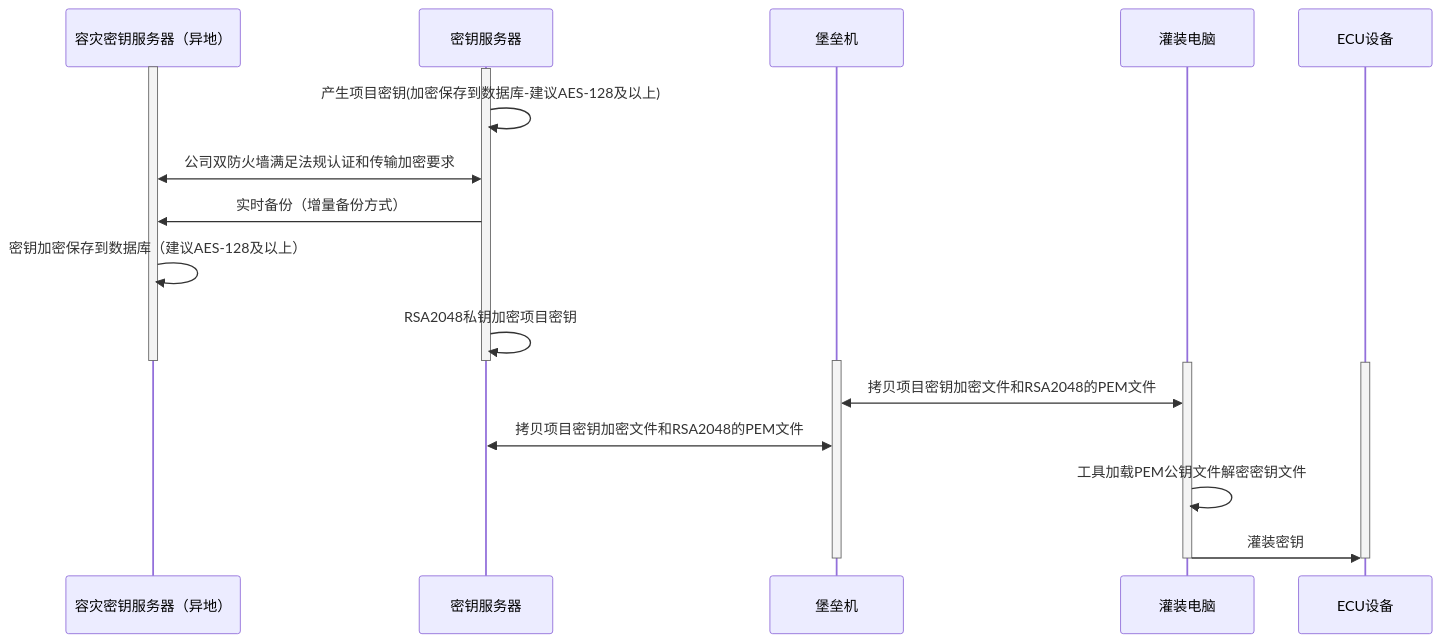
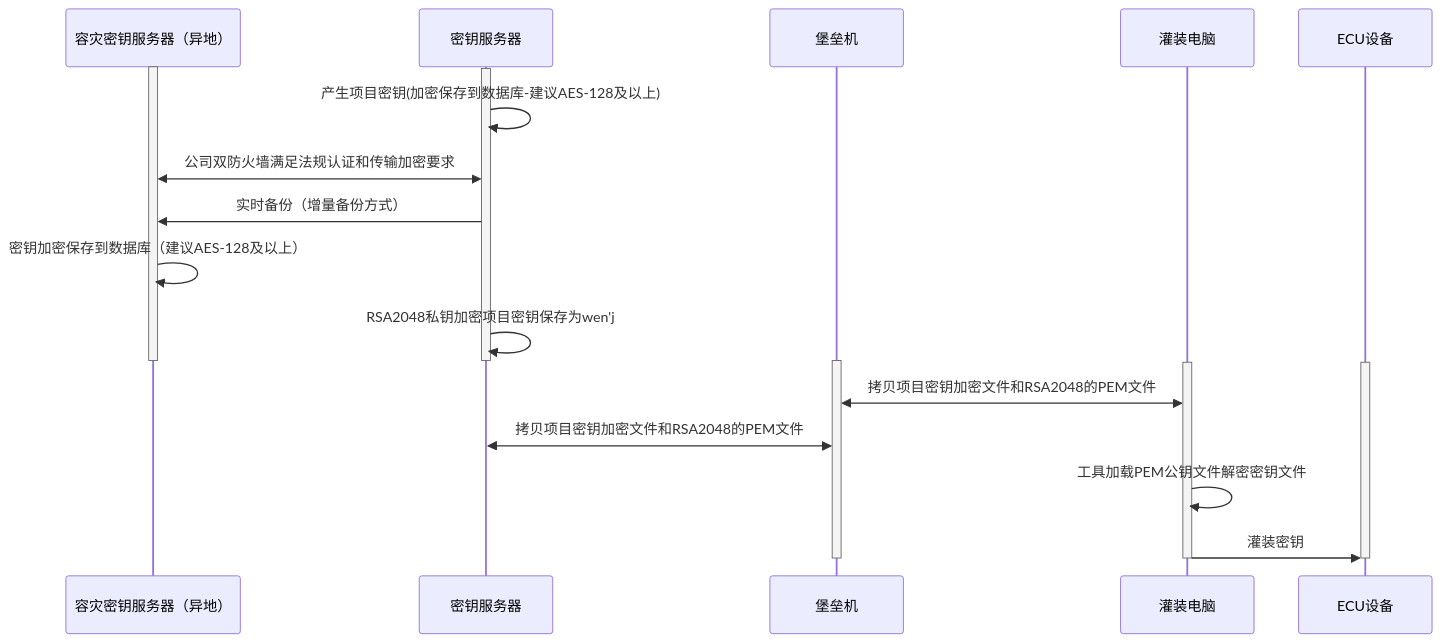
Before and after one commit to facebook-cloud/iodraw-files: the diagram in all/未命名-15.md, drawn with Mermaid.

Commit message:
2026-02-07 14:06:59 update

````diff
--- a/all/未命名-15.md
+++ b/all/未命名-15.md
@@ -1,31 +1,31 @@
 ```mermaid
 sequenceDiagram
     participant A as 容灾密钥服务器（异地）
     participant B as 密钥服务器
     participant C as 堡垒机
     participant D as 灌装电脑
     participant E as ECU设备
 
     activate A
     activate B
     B->>B: 产生项目密钥(加密保存到数据库-建议AES-128及以上)
     A<<->>B: 公司双防火墙满足法规认证和传输加密要求
     B->>A: 实时备份（增量备份方式）
     A->>A: 密钥加密保存到数据库（建议AES-128及以上）
-    B->>B: RSA2048私钥加密项目密钥
+    B->>B: RSA2048私钥加密项目密钥保存为wen'j
     deactivate B
     deactivate A
 
     activate C
     activate D
     activate E
 
     D<<->>C: 拷贝项目密钥加密文件和RSA2048的PEM文件
     C<<->>B: 拷贝项目密钥加密文件和RSA2048的PEM文件
     D->>D:工具加载PEM公钥文件解密密钥文件
     D->>E: 灌装密钥
     deactivate C
     deactivate D
     deactivate E
 
 ```
````
